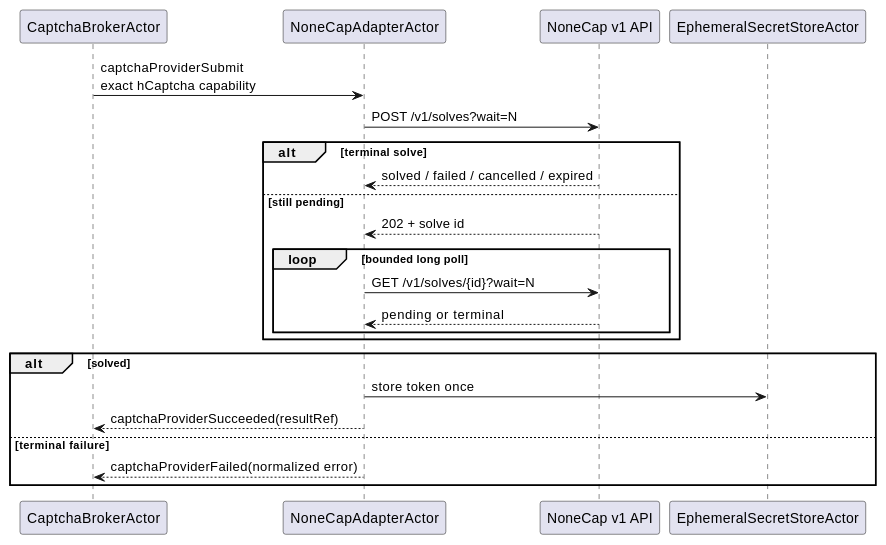
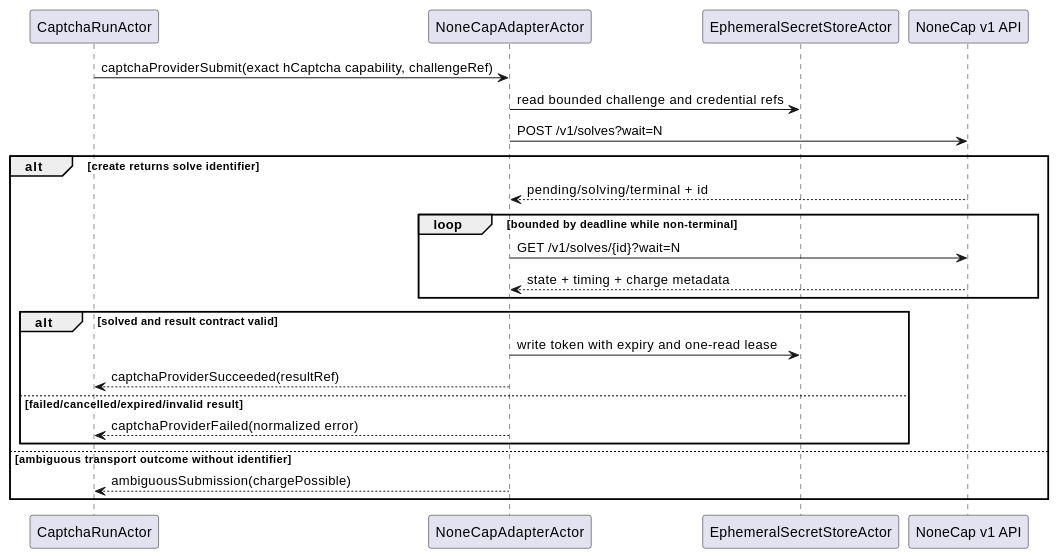
Before and after one commit to lost-rob0t/starintel-auto-research: the diagram in roam/research/starintel-pro-actors/STAR-PRO-RESEARCH-001-nonecap-hcaptcha-provider.org, drawn with PlantUML. The commit also changed other lines of this file, not shown here.

Commit message:
normalize NoneCap capability research

```diff
--- a/roam/research/starintel-pro-actors/STAR-PRO-RESEARCH-001-nonecap-hcaptcha-provider.org
+++ b/roam/research/starintel-pro-actors/STAR-PRO-RESEARCH-001-nonecap-hcaptcha-provider.org
@@ -60,26 +119,27 @@
 #+begin_src plantuml
 @startuml
-participant "CaptchaBrokerActor" as Broker
+participant "CaptchaRunActor" as Run
 participant "NoneCapAdapterActor" as Adapter
+participant "EphemeralSecretStoreActor" as Secrets
 participant "NoneCap v1 API" as API
-participant "EphemeralSecretStoreActor" as Secrets
 
-Broker -> Adapter : captchaProviderSubmit\nexact hCaptcha capability
+Run -> Adapter : captchaProviderSubmit(exact hCaptcha capability, challengeRef)
+Adapter -> Secrets : read bounded challenge and credential refs
 Adapter -> API : POST /v1/solves?wait=N
-alt terminal solve
-  API --> Adapter : solved / failed / cancelled / expired
-else still pending
-  API --> Adapter : 202 + solve id
-  loop bounded long poll
+alt create returns solve identifier
+  API --> Adapter : pending/solving/terminal + id
+  loop bounded by deadline while non-terminal
     Adapter -> API : GET /v1/solves/{id}?wait=N
-    API --> Adapter : pending or terminal
+    API --> Adapter : state + timing + charge metadata
   end
-end
-alt solved
-  Adapter -> Secrets : store token once
-  Adapter --> Broker : captchaProviderSucceeded(resultRef)
-else terminal failure
-  Adapter --> Broker : captchaProviderFailed(normalized error)
+  alt solved and result contract valid
+    Adapter -> Secrets : write token with expiry and one-read lease
+    Adapter --> Run : captchaProviderSucceeded(resultRef)
+  else failed/cancelled/expired/invalid result
+    Adapter --> Run : captchaProviderFailed(normalized error)
+  end
+else ambiguous transport outcome without identifier
+  Adapter --> Run : ambiguousSubmission(chargePossible)
 end
 @enduml
 #+end_src
```
